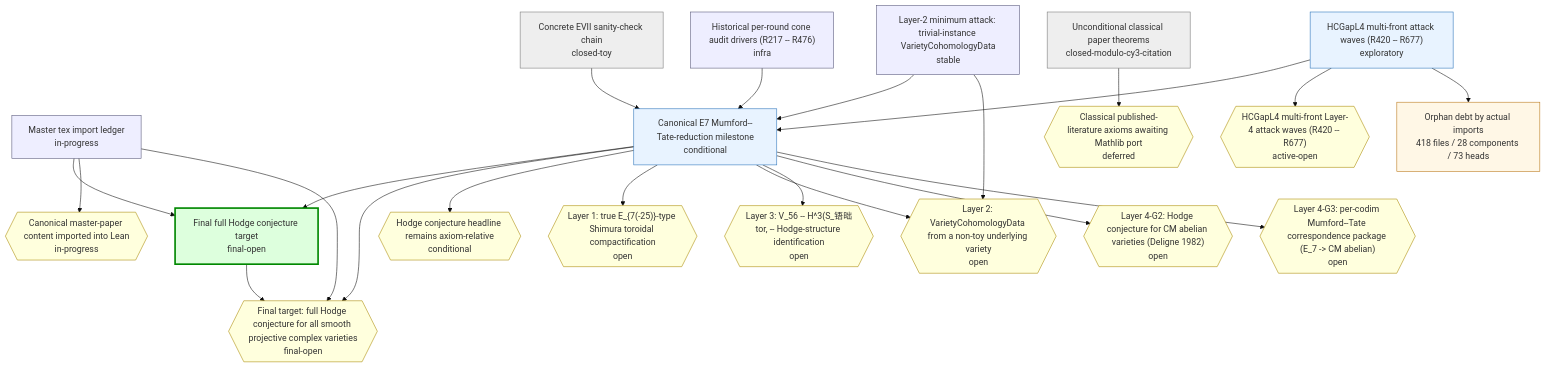
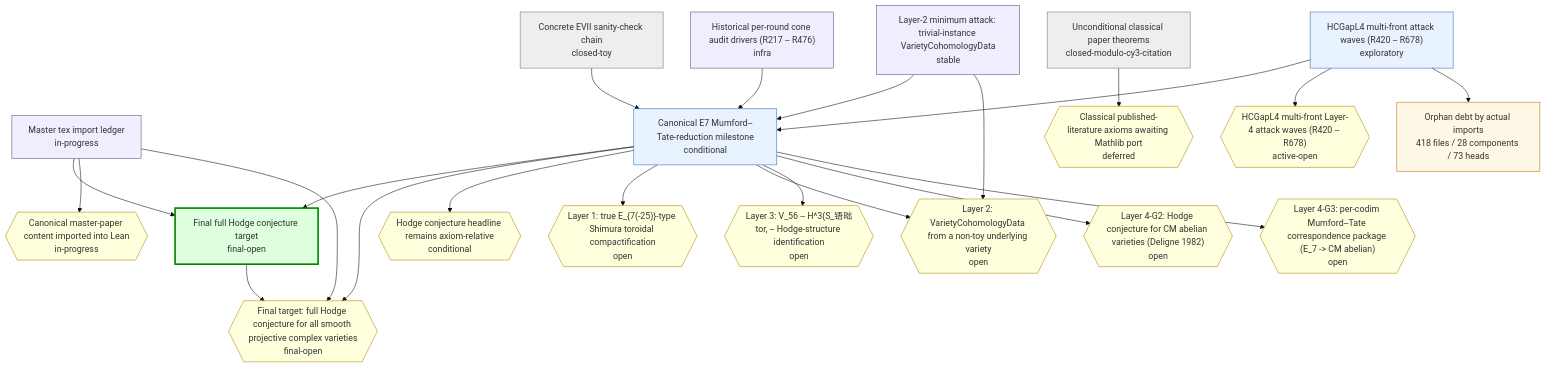
Before and after one commit to crabsatellite/hodge-conjecture-lean4-formalization: the first of 2 diagrams in chain-status/research-map.md, drawn with Mermaid (base theme). The commit also changed other lines of this file and 8 other files, not shown here.

````diff
--- a/chain-status/research-map.md
+++ b/chain-status/research-map.md
@@ -46,54 +46,54 @@
 ```mermaid
 graph TD
   classDef main fill:#dfd,stroke:#080,stroke-width:3px
   classDef active fill:#e8f3ff,stroke:#2670b8
   classDef support fill:#eef,stroke:#557
   classDef closed fill:#eee,stroke:#777
   classDef dead fill:#fdd,stroke:#a00,stroke-width:2px
   classDef gapOpen fill:#ffd,stroke:#a80
   classDef gapClosed fill:#eee,stroke:#777
   classDef gapDead fill:#fdd,stroke:#a00
   classDef debt fill:#fff7e6,stroke:#b87514
   classDef debtTaxonomy fill:#e8f3ff,stroke:#2670b8,stroke-dasharray:3 3
   classDef debtRule fill:#eefbea,stroke:#398439,stroke-dasharray:3 3
   classDef debtDead fill:#fdd,stroke:#a00,stroke-dasharray:3 3
   chain_full_hc_final_target["Final full Hodge conjecture target\nfinal-open"]:::main
   chain_master_paper_import_ledger["Master tex import ledger\nin-progress"]:::support
   chain_main_hc_axiom_relative["Canonical E7 Mumford--Tate-reduction milestone\nconditional"]:::active
   chain_unconditional_classical["Unconditional classical paper theorems\nclosed-modulo-cy3-citation"]:::closed
   chain_hcgap_l2_trivial_instances["Layer-2 minimum attack: trivial-instance VarietyCohomologyData\nstable"]:::support
-  chain_hcgap_l4_multifront_active["HCGapL4 multi-front attack waves (R420 -- R677)\nexploratory"]:::active
+  chain_hcgap_l4_multifront_active["HCGapL4 multi-front attack waves (R420 -- R678)\nexploratory"]:::active
   chain_concrete_evii_toy["Concrete EVII sanity-check chain\nclosed-toy"]:::closed
   chain_historical_cone_audits["Historical per-round cone audit drivers (R217 -- R476)\ninfra"]:::support
   gap_G_full_hc{{"Final target: full Hodge conjecture for all smooth projective complex varieties\nfinal-open"}}:::gapOpen
   gap_G_master_paper_import{{"Canonical master-paper content imported into Lean\nin-progress"}}:::gapOpen
   gap_G_main_hc{{"Hodge conjecture headline remains axiom-relative\nconditional"}}:::gapOpen
   gap_G_l1_e7_shimura_tor{{"Layer 1: true E_{7(-25)}-type Shimura toroidal compactification\nopen"}}:::gapOpen
   gap_G_l2_cohomology_construction{{"Layer 2: VarietyCohomologyData from a non-toy underlying variety\nopen"}}:::gapOpen
   gap_G_l3_v56_mt_identification{{"Layer 3: V_56 -- H^3(S_铻昢tor, -- Hodge-structure identification\nopen"}}:::gapOpen
   gap_G_l4_cm_abelian_hc{{"Layer 4-G2: Hodge conjecture for CM abelian varieties (Deligne 1982)\nopen"}}:::gapOpen
   gap_G_l4_mt_correspondence{{"Layer 4-G3: per-codim Mumford--Tate correspondence package (E_7 -> CM abelian)\nopen"}}:::gapOpen
   gap_G_classical_mathlib_port{{"Classical published-literature axioms awaiting Mathlib port\ndeferred"}}:::gapOpen
-  gap_G_hcgap_l4_multifront{{"HCGapL4 multi-front Layer-4 attack waves (R420 -- R677)\nactive-open"}}:::gapOpen
+  gap_G_hcgap_l4_multifront{{"HCGapL4 multi-front Layer-4 attack waves (R420 -- R678)\nactive-open"}}:::gapOpen
   chain_full_hc_final_target --> gap_G_full_hc
   chain_master_paper_import_ledger --> chain_full_hc_final_target
   chain_master_paper_import_ledger --> gap_G_master_paper_import
   chain_master_paper_import_ledger --> gap_G_full_hc
   chain_main_hc_axiom_relative --> chain_full_hc_final_target
   chain_main_hc_axiom_relative --> gap_G_full_hc
   chain_main_hc_axiom_relative --> gap_G_main_hc
   chain_main_hc_axiom_relative --> gap_G_l1_e7_shimura_tor
   chain_main_hc_axiom_relative --> gap_G_l2_cohomology_construction
   chain_main_hc_axiom_relative --> gap_G_l3_v56_mt_identification
   chain_main_hc_axiom_relative --> gap_G_l4_cm_abelian_hc
   chain_main_hc_axiom_relative --> gap_G_l4_mt_correspondence
   chain_unconditional_classical --> gap_G_classical_mathlib_port
   chain_hcgap_l2_trivial_instances --> chain_main_hc_axiom_relative
   chain_hcgap_l2_trivial_instances --> gap_G_l2_cohomology_construction
   chain_hcgap_l4_multifront_active --> chain_main_hc_axiom_relative
   chain_hcgap_l4_multifront_active --> gap_G_hcgap_l4_multifront
   chain_concrete_evii_toy --> chain_main_hc_axiom_relative
   chain_historical_cone_audits --> chain_main_hc_axiom_relative
   debt_all["Orphan debt by actual imports\n418 files / 28 components / 73 heads"]:::debt
   chain_hcgap_l4_multifront_active --> debt_all
 ```
````
